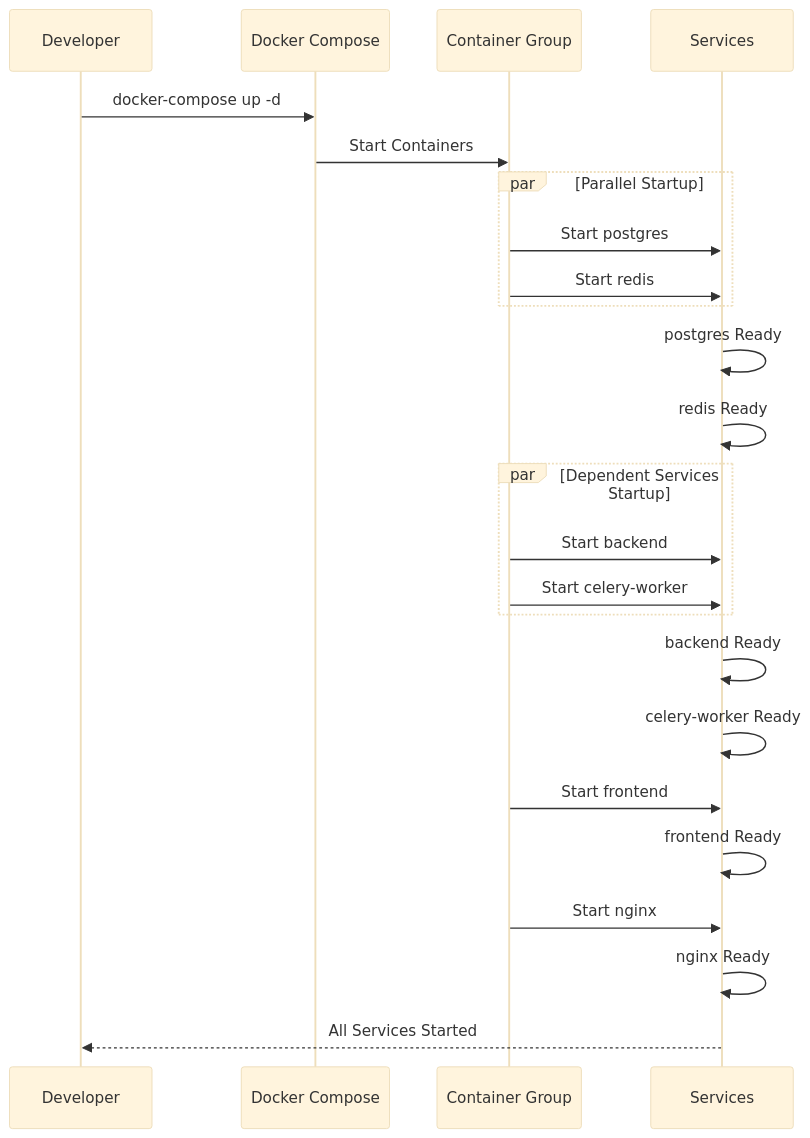
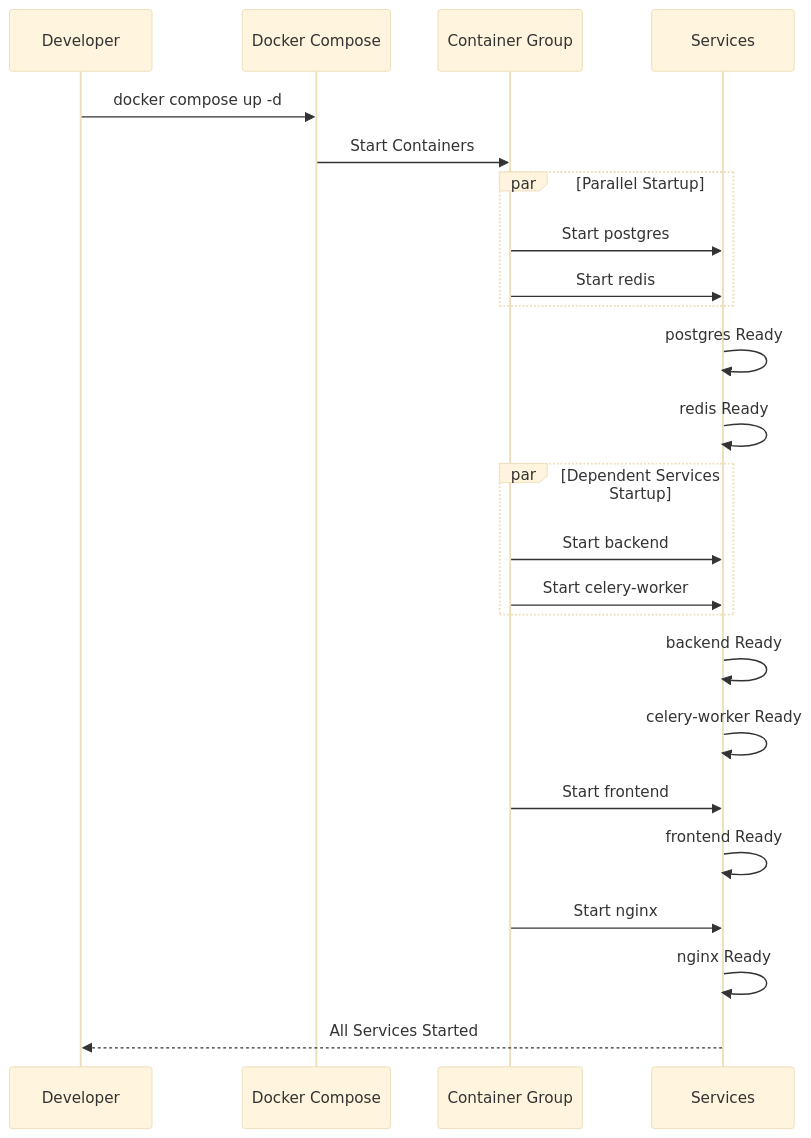
The fifth of 7 diagrams in docs/design/deployment-diagram.md (yukiharada1228/videoq), drawn with Mermaid (base theme) before and after one commit. The commit also changed 3 other files, not shown here.

````diff
--- a/docs/design/deployment-diagram.md
+++ b/docs/design/deployment-diagram.md
@@ -162,34 +162,34 @@
 ```mermaid
 sequenceDiagram
     participant Dev as Developer
     participant Docker as Docker Compose
     participant Containers as Container Group
     participant Services as Services
 
-    Dev->>Docker: docker-compose up -d
+    Dev->>Docker: docker compose up -d
     Docker->>Containers: Start Containers
     
     par Parallel Startup
         Containers->>Services: Start postgres
         Containers->>Services: Start redis
     end
     
     Services->>Services: postgres Ready
     Services->>Services: redis Ready
     
     par Dependent Services Startup
         Containers->>Services: Start backend
         Containers->>Services: Start celery-worker
     end
     
     Services->>Services: backend Ready
     Services->>Services: celery-worker Ready
     
     Containers->>Services: Start frontend
     Services->>Services: frontend Ready
     
     Containers->>Services: Start nginx
     Services->>Services: nginx Ready
     
     Services-->>Dev: All Services Started
 ```
````
